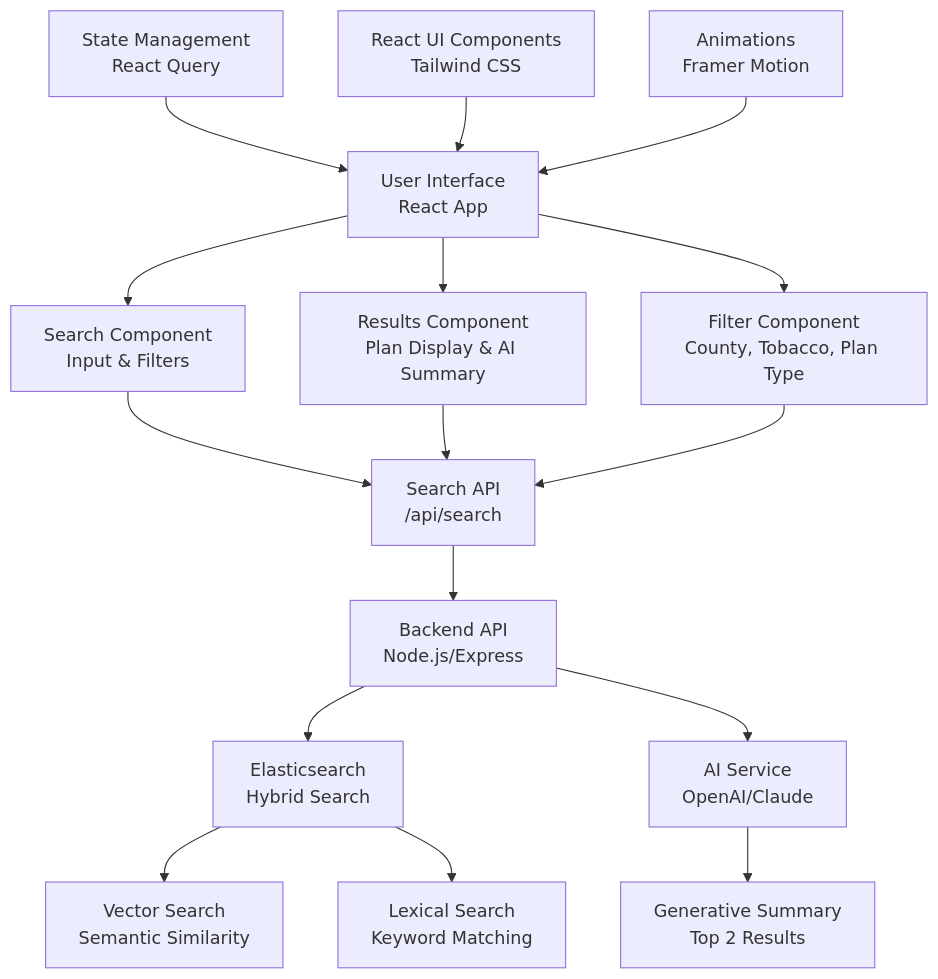
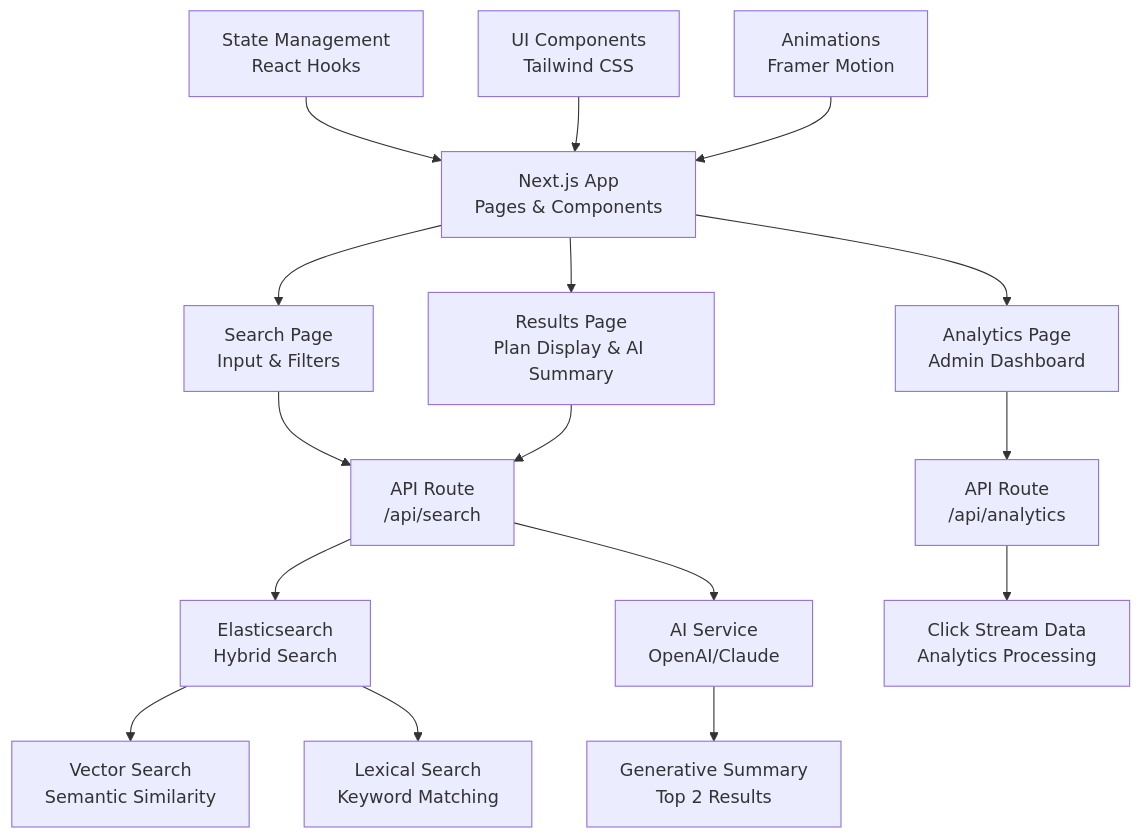
Before and after one commit to bommas/ambetter-project: the fourth of 6 diagrams in PROJECT_REQUIREMENTS.md, drawn with Mermaid. The commit also changed other lines of this file and 1 other file, not shown here.

First line of the commit message:
Simplify to Next.js full-stack application

````diff
--- a/PROJECT_REQUIREMENTS.md
+++ b/PROJECT_REQUIREMENTS.md
@@ -157,23 +142,23 @@
 ```mermaid
 graph TB
-    A[User Interface<br/>React App] --> B[Search Component<br/>Input & Filters]
-    A --> C[Results Component<br/>Plan Display & AI Summary]
-    A --> D[Filter Component<br/>County, Tobacco, Plan Type]
+    A[Next.js App<br/>Pages & Components] --> B[Search Page<br/>Input & Filters]
+    A --> C[Results Page<br/>Plan Display & AI Summary]
+    A --> D[Analytics Page<br/>Admin Dashboard]
     
-    B --> E[Search API<br/>/api/search]
+    B --> E[API Route<br/>/api/search]
     C --> E
-    D --> E
+    D --> F[API Route<br/>/api/analytics]
     
-    E --> F[Backend API<br/>Node.js/Express]
-    F --> G[Elasticsearch<br/>Hybrid Search]
-    F --> H[AI Service<br/>OpenAI/Claude]
+    E --> G[Elasticsearch<br/>Hybrid Search]
+    E --> H[AI Service<br/>OpenAI/Claude]
+    F --> I[Click Stream Data<br/>Analytics Processing]
     
-    G --> I[Vector Search<br/>Semantic Similarity]
-    G --> J[Lexical Search<br/>Keyword Matching]
+    G --> J[Vector Search<br/>Semantic Similarity]
+    G --> K[Lexical Search<br/>Keyword Matching]
     
-    H --> K[Generative Summary<br/>Top 2 Results]
+    H --> L[Generative Summary<br/>Top 2 Results]
     
-    L[State Management<br/>React Query] --> A
-    M[React UI Components<br/>Tailwind CSS] --> A
-    N[Animations<br/>Framer Motion] --> A
+    M[State Management<br/>React Hooks] --> A
+    N[UI Components<br/>Tailwind CSS] --> A
+    O[Animations<br/>Framer Motion] --> A
 ```
````
